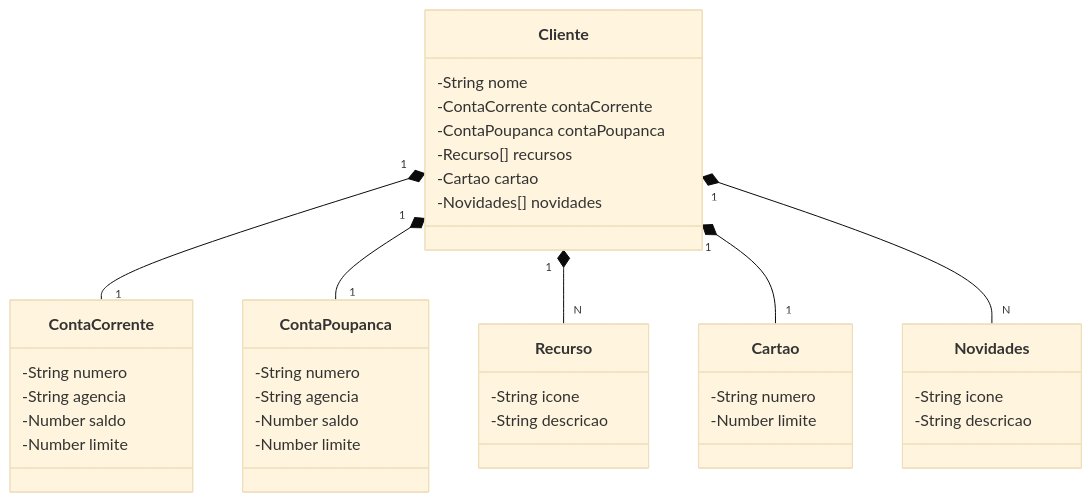
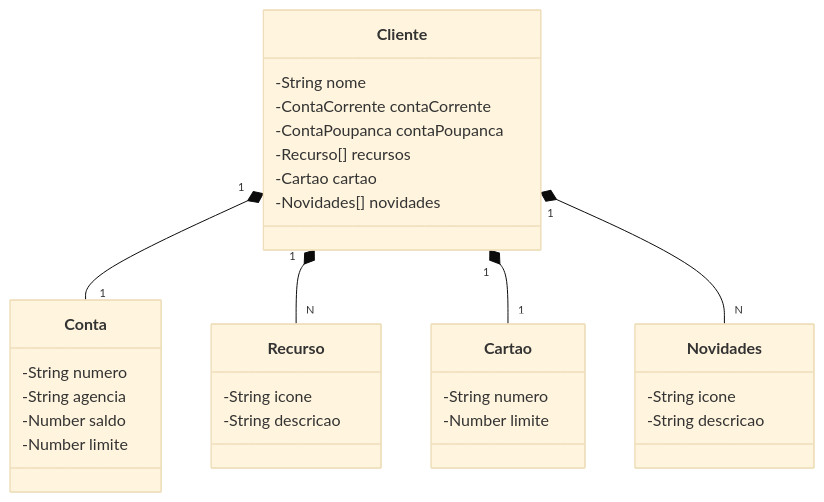
One commit to vieira-fabricio/api.bank.dio changed the diagram in README.md. Above: the diagram before and after it, drawn with Mermaid (base theme).

Commit message:
Update README.md
alterações

````diff
--- a/README.md
+++ b/README.md
@@ -5,46 +5,38 @@
 ```mermaid
 classDiagram
   class Cliente {
     -String nome
     -ContaCorrente contaCorrente
     -ContaPoupanca contaPoupanca
     -Recurso[] recursos
     -Cartao cartao
     -Novidades[] novidades
   }
 
-  class ContaCorrente {
-    -String numero
-    -String agencia
-    -Number saldo
-    -Number limite
-  }
-
-  class ContaPoupanca {
+  class Conta {
     -String numero
     -String agencia
     -Number saldo
     -Number limite
   }
 
   class Recurso {
     -String icone
     -String descricao
   }
 
   class Cartao {
     -String numero
     -Number limite
   }
 
   class Novidades {
     -String icone
     -String descricao
   }
 
-  Cliente "1" *-- "1" ContaCorrente
-  Cliente "1" *-- "1" ContaPoupanca
+  Cliente "1" *-- "1" Conta
   Cliente "1" *-- "N" Recurso
   Cliente "1" *-- "1" Cartao
   Cliente "1" *-- "N" Novidades
 ```
````
